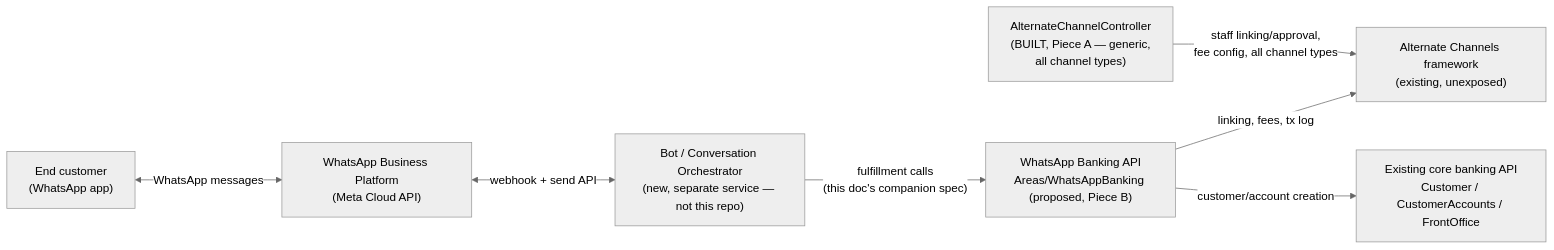
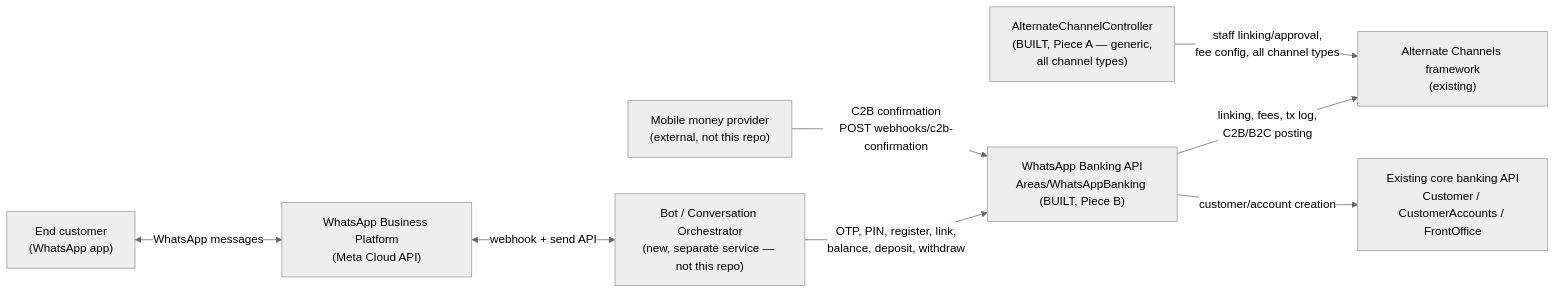
One commit to calvince-swizzsoft/Swift-Financials-FOSA changed the first of 4 diagrams in WebApplication1/Areas/WhatsAppBanking/WORKFLOW.md. Above: the diagram before and after it, drawn with Mermaid (neutral theme). The commit also changed other lines of this file and 16 other files, not shown here.

````diff
--- a/WebApplication1/Areas/WhatsAppBanking/WORKFLOW.md
+++ b/WebApplication1/Areas/WhatsAppBanking/WORKFLOW.md
@@ -72,17 +91,19 @@
 ```mermaid
 flowchart LR
     Customer["End customer\n(WhatsApp app)"]
     Meta["WhatsApp Business Platform\n(Meta Cloud API)"]
     Bot["Bot / Conversation Orchestrator\n(new, separate service — not this repo)"]
-    API["WhatsApp Banking API\nAreas/WhatsAppBanking (proposed, Piece B)"]
+    API["WhatsApp Banking API\nAreas/WhatsAppBanking (BUILT, Piece B)"]
     AltChanCtrl["AlternateChannelController\n(BUILT, Piece A — generic,\nall channel types)"]
-    AltChan["Alternate Channels framework\n(existing, unexposed)"]
+    AltChan["Alternate Channels framework\n(existing)"]
     Core["Existing core banking API\nCustomer / CustomerAccounts / FrontOffice"]
+    Provider["Mobile money provider\n(external, not this repo)"]
 
     Customer <-->|WhatsApp messages| Meta
     Meta <-->|webhook + send API| Bot
-    Bot -->|"fulfillment calls\n(this doc's companion spec)"| API
-    API -->|"linking, fees, tx log"| AltChan
+    Bot -->|"OTP, PIN, register, link,\nbalance, deposit, withdraw"| API
+    Provider -->|"C2B confirmation\nPOST webhooks/c2b-confirmation"| API
+    API -->|"linking, fees, tx log,\nC2B/B2C posting"| AltChan
     API -->|"customer/account creation"| Core
     AltChanCtrl -->|"staff linking/approval,\nfee config, all channel types"| AltChan
 ```
````
